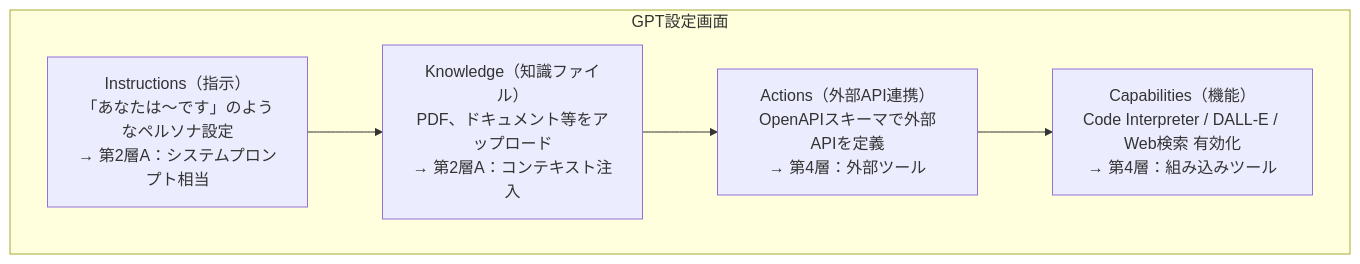
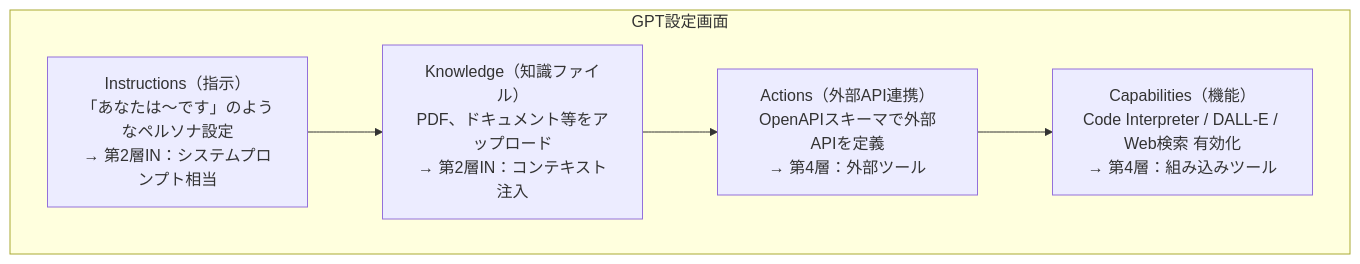
Before and after one commit to fsitlab/zenn: the second of 5 diagrams in books/ai-agent-layered-map/07-5-chatgpt.md, drawn with Mermaid. The commit also changed other lines of this file and 12 other files, not shown here.

````diff
--- a/books/ai-agent-layered-map/07-5-chatgpt.md
+++ b/books/ai-agent-layered-map/07-5-chatgpt.md
@@ -106,11 +106,11 @@
 ```mermaid
 flowchart TB
     subgraph GPTConfig["GPT設定画面"]
-        Instructions["Instructions（指示）<br/>「あなたは〜です」のようなペルソナ設定<br/>→ 第2層A：システムプロンプト相当"]
-        Knowledge["Knowledge（知識ファイル）<br/>PDF、ドキュメント等をアップロード<br/>→ 第2層A：コンテキスト注入"]
+        Instructions["Instructions（指示）<br/>「あなたは〜です」のようなペルソナ設定<br/>→ 第2層IN：システムプロンプト相当"]
+        Knowledge["Knowledge（知識ファイル）<br/>PDF、ドキュメント等をアップロード<br/>→ 第2層IN：コンテキスト注入"]
         Actions["Actions（外部API連携）<br/>OpenAPIスキーマで外部APIを定義<br/>→ 第4層：外部ツール"]
         Capabilities["Capabilities（機能）<br/>Code Interpreter / DALL-E / Web検索 有効化<br/>→ 第4層：組み込みツール"]
     end
 
     Instructions --> Knowledge --> Actions --> Capabilities
 ```
````
